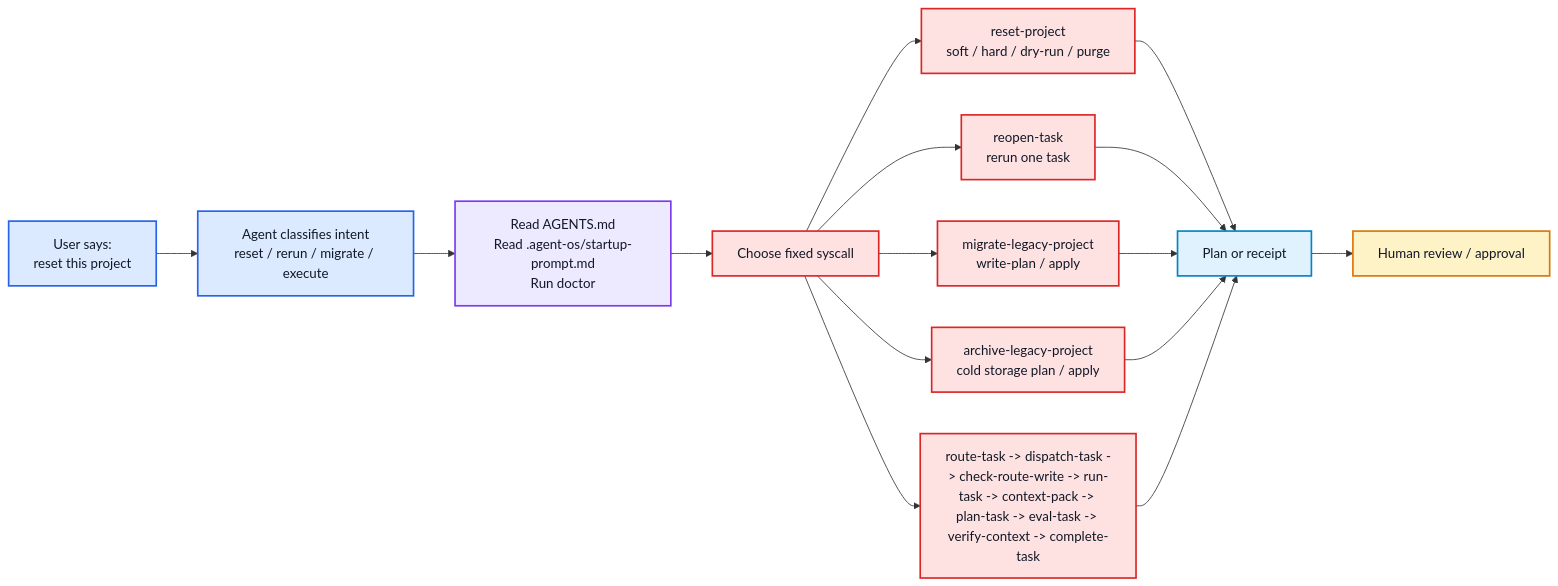
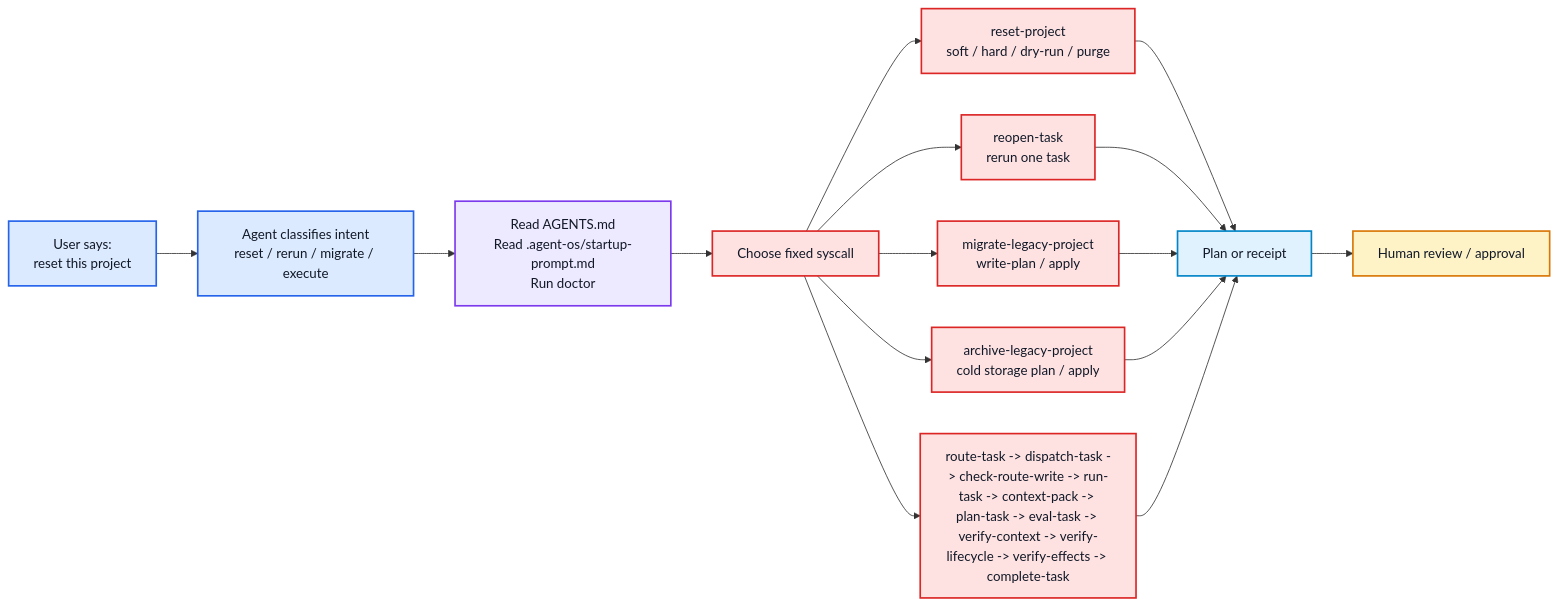
One commit to Fly-Carrot/KnowledgeOS changed the second of 3 diagrams in docs/agentos-architecture.md. Above: the diagram before and after it, drawn with Mermaid. The commit also changed other lines of this file and 31 other files, not shown here.

````diff
--- a/docs/agentos-architecture.md
+++ b/docs/agentos-architecture.md
@@ -149,25 +149,25 @@
 ```mermaid
 flowchart LR
     User["User says:\nreset this project"]:::shell --> IntentClass["Agent classifies intent\nreset / rerun / migrate / execute"]:::shell
     IntentClass --> LoadRules["Read AGENTS.md\nRead .agent-os/startup-prompt.md\nRun doctor"]:::control
     LoadRules --> Route["Choose fixed syscall"]:::guard
 
     Route --> Reset["reset-project\nsoft / hard / dry-run / purge"]:::guard
     Route --> Reopen["reopen-task\nrerun one task"]:::guard
     Route --> Migrate["migrate-legacy-project\nwrite-plan / apply"]:::guard
     Route --> Archive["archive-legacy-project\ncold storage plan / apply"]:::guard
-    Route --> Execute["route-task -> dispatch-task -> check-route-write -> run-task -> context-pack -> plan-task -> eval-task -> verify-context -> complete-task"]:::guard
+    Route --> Execute["route-task -> dispatch-task -> check-route-write -> run-task -> context-pack -> plan-task -> eval-task -> verify-context -> verify-lifecycle -> verify-effects -> complete-task"]:::guard
 
     Reset --> Evidence["Plan or receipt"]:::kernel
     Reopen --> Evidence
     Migrate --> Evidence
     Archive --> Evidence
     Execute --> Evidence
     Evidence --> HumanReview["Human review / approval"]:::human
 
     classDef shell fill:#dbeafe,stroke:#2563eb,color:#111827,stroke-width:2px;
     classDef control fill:#ede9fe,stroke:#7c3aed,color:#111827,stroke-width:2px;
     classDef guard fill:#fee2e2,stroke:#dc2626,color:#111827,stroke-width:2px;
     classDef kernel fill:#e0f2fe,stroke:#0284c7,color:#111827,stroke-width:2px;
     classDef human fill:#fef3c7,stroke:#d97706,color:#111827,stroke-width:2px;
 ```
````
